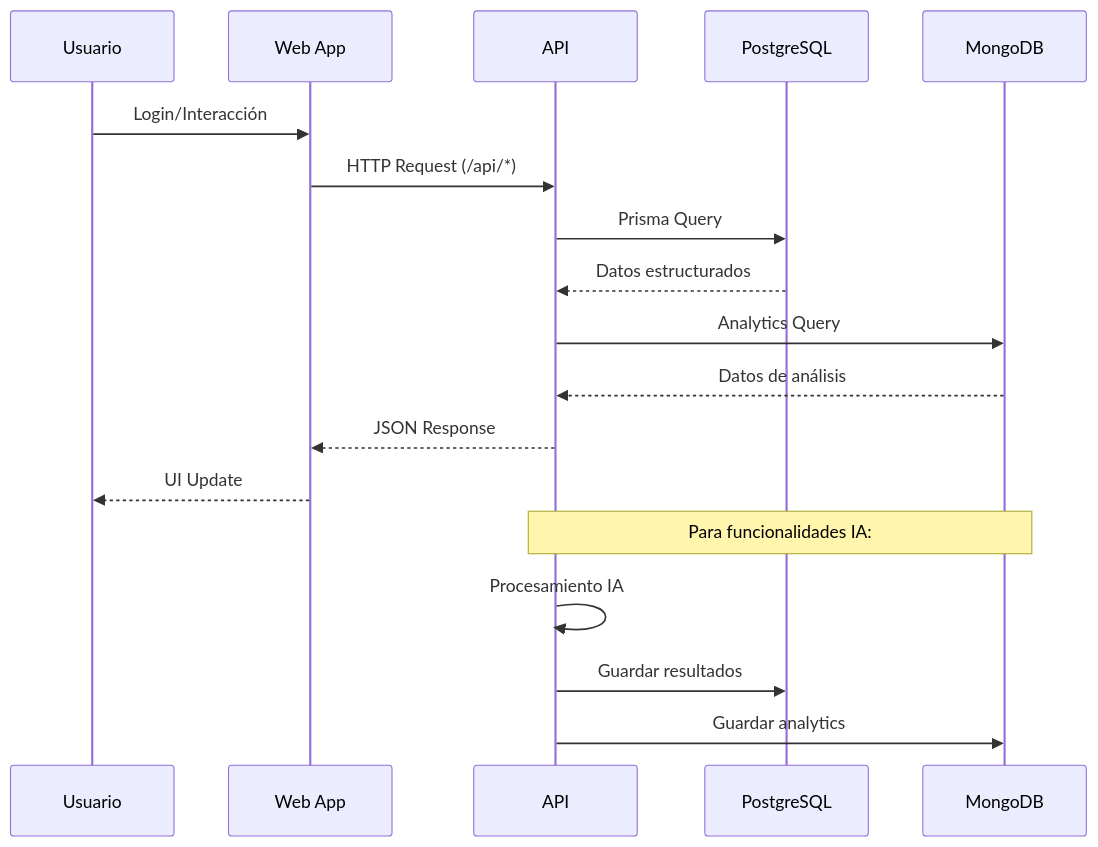
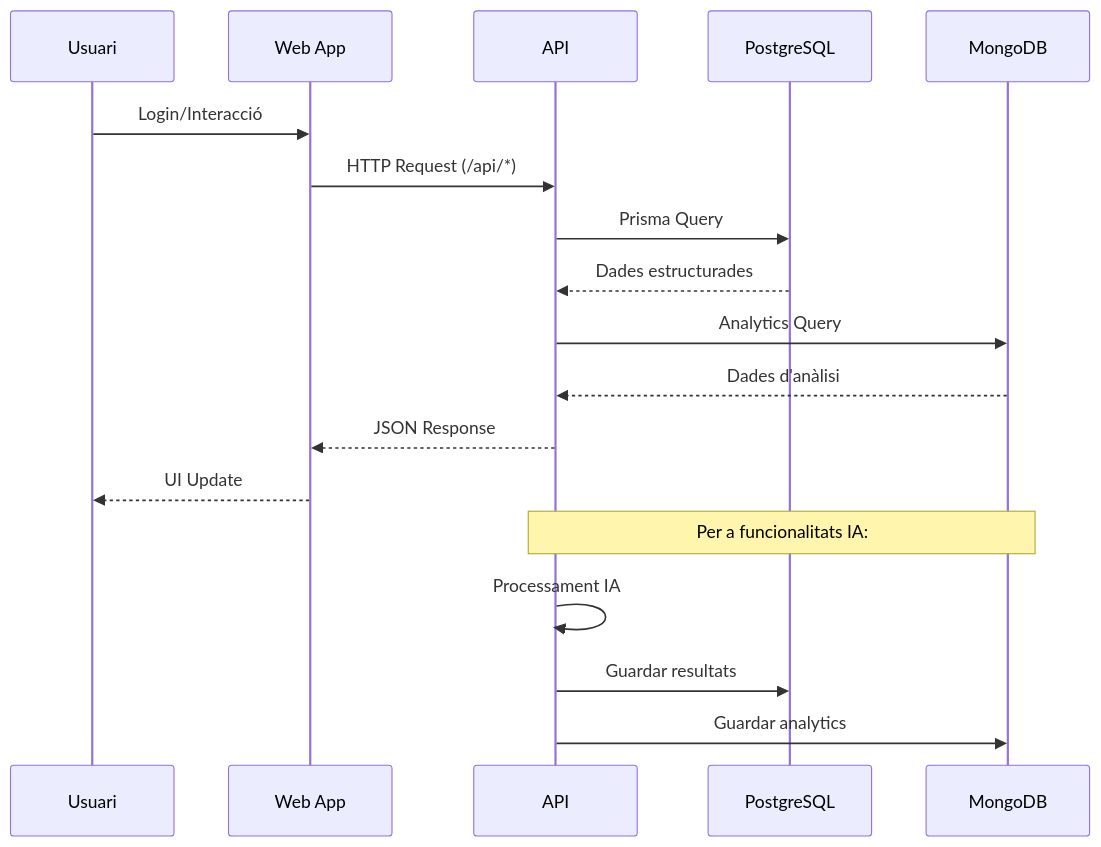
One commit to inspedralbes/tr2-reptes-tr2-g2 changed the fifth of 7 diagrams in doc/diagrams/README.md. Above: the diagram before and after it, drawn with Mermaid. The commit also changed other lines of this file and 3 other files, not shown here.

Commit message:
feat: Update documentation to reflect changes in AI features, including prompts, file inventory, walkthrough, and system diagrams

````diff
--- a/doc/diagrams/README.md
+++ b/doc/diagrams/README.md
@@ -163,22 +163,22 @@
 ```mermaid
 sequenceDiagram
-    participant U as Usuario
+    participant U as Usuari
     participant W as Web App
     participant A as API
     participant P as PostgreSQL
     participant M as MongoDB
     
-    U->>W: Login/Interacción
+    U->>W: Login/Interacció
     W->>A: HTTP Request (/api/*)
     A->>P: Prisma Query
-    P-->>A: Datos estructurados
+    P-->>A: Dades estructurades
     A->>M: Analytics Query
-    M-->>A: Datos de análisis
+    M-->>A: Dades d'anàlisi
     A-->>W: JSON Response
     W-->>U: UI Update
     
-    Note over A,M: Para funcionalidades IA:
-    A->>A: Procesamiento IA
-    A->>P: Guardar resultados
+    Note over A,M: Per a funcionalitats IA:
+    A->>A: Processament IA
+    A->>P: Guardar resultats
     A->>M: Guardar analytics
 ```
````
